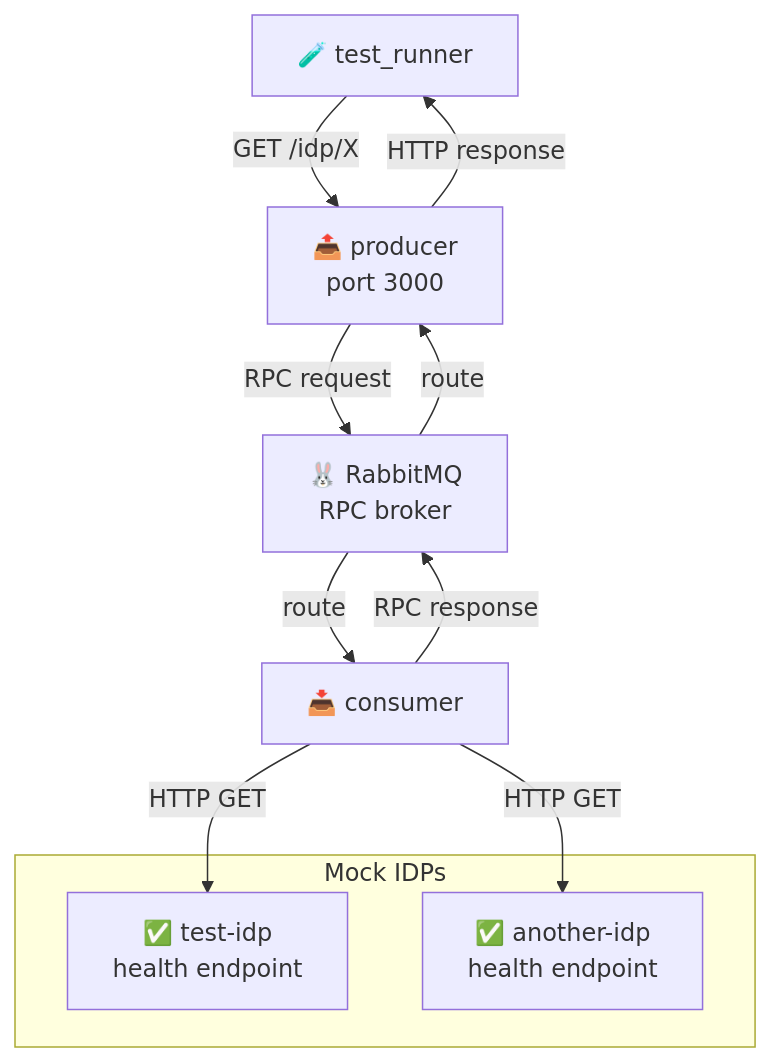
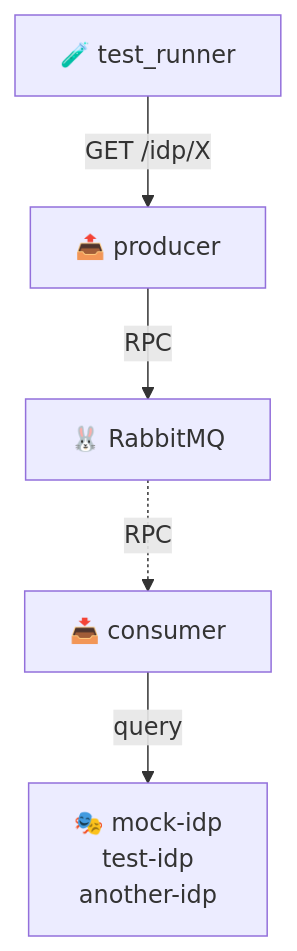
One commit to proconnect-gouv/idp-status-monitoring changed the diagram in examples/idp_health_check_rpc/README.md. Above: the diagram before and after it, drawn with Mermaid. The commit also changed 15 other files, not shown here.

````diff
--- a/examples/idp_health_check_rpc/README.md
+++ b/examples/idp_health_check_rpc/README.md
@@ -7,21 +7,13 @@
 ```mermaid
 graph TB
     test["🧪 test_runner"]
-    producer["📤 producer<br/>port 3000"]
+    producer["📤 producer"]
     consumer["📥 consumer"]
-    rabbitmq["🐰 RabbitMQ<br/>RPC broker"]
-
-    subgraph idps["Mock IDPs"]
-        idp1["✅ test-idp<br/>health endpoint"]
-        idp2["✅ another-idp<br/>health endpoint"]
-    end
+    rabbitmq["🐰 RabbitMQ"]
+    mock["🎭 mock-idp<br/>test-idp<br/>another-idp"]
 
     test -->|GET /idp/X| producer
-    producer -->|RPC request| rabbitmq
-    rabbitmq -->|route| consumer
-    consumer -->|HTTP GET| idp1
-    consumer -->|HTTP GET| idp2
-    consumer -->|RPC response| rabbitmq
-    rabbitmq -->|route| producer
-    producer -->|HTTP response| test
+    producer -->|RPC| rabbitmq
+    rabbitmq -.->|RPC| consumer
+    consumer -->|query| mock
 ```
````
